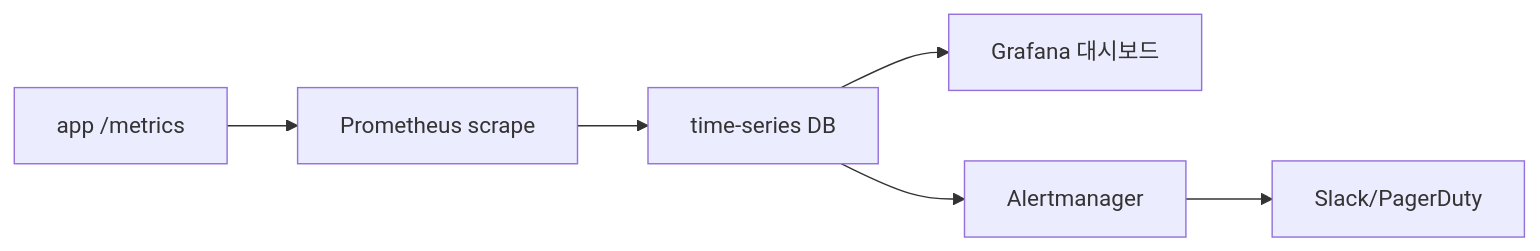
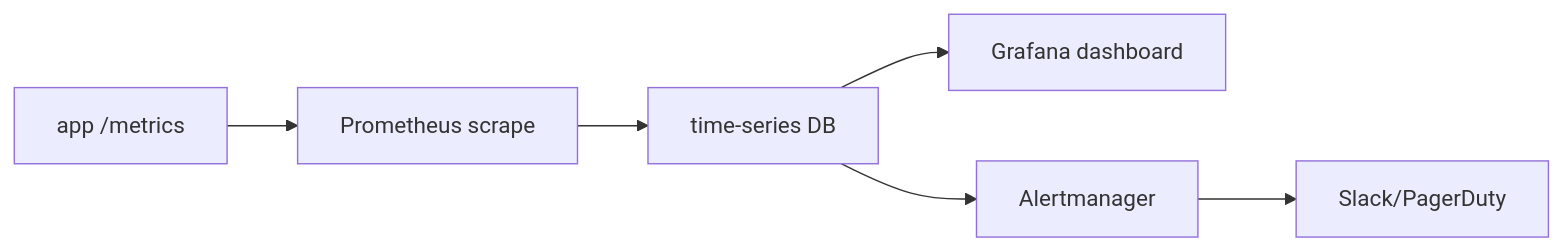
Before and after one commit to yeongseon-books/book-content: the diagram in content/devops-101/ko/07-monitoring-and-alerting.md, drawn with Mermaid. The commit also changed other lines of this file and 9 other files, not shown here.

````diff
--- a/content/devops-101/ko/07-monitoring-and-alerting.md
+++ b/content/devops-101/ko/07-monitoring-and-alerting.md
@@ -35,8 +47,8 @@
 ```mermaid
 flowchart LR
     App["app /metrics"] --> Scrape["Prometheus scrape"]
     Scrape --> TSDB["time-series DB"]
-    TSDB --> Grafana["Grafana 대시보드"]
+    TSDB --> Grafana["Grafana dashboard"]
     TSDB --> Alert["Alertmanager"]
     Alert --> Slack["Slack/PagerDuty"]
 ```
````
